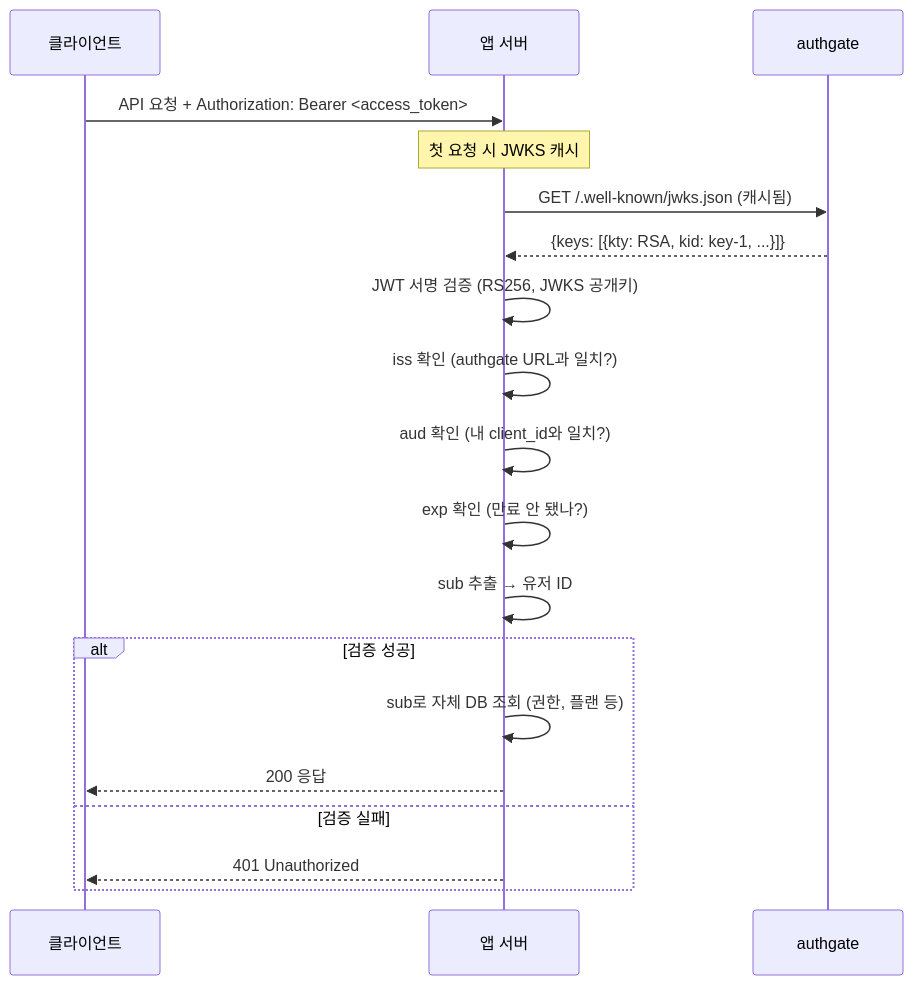
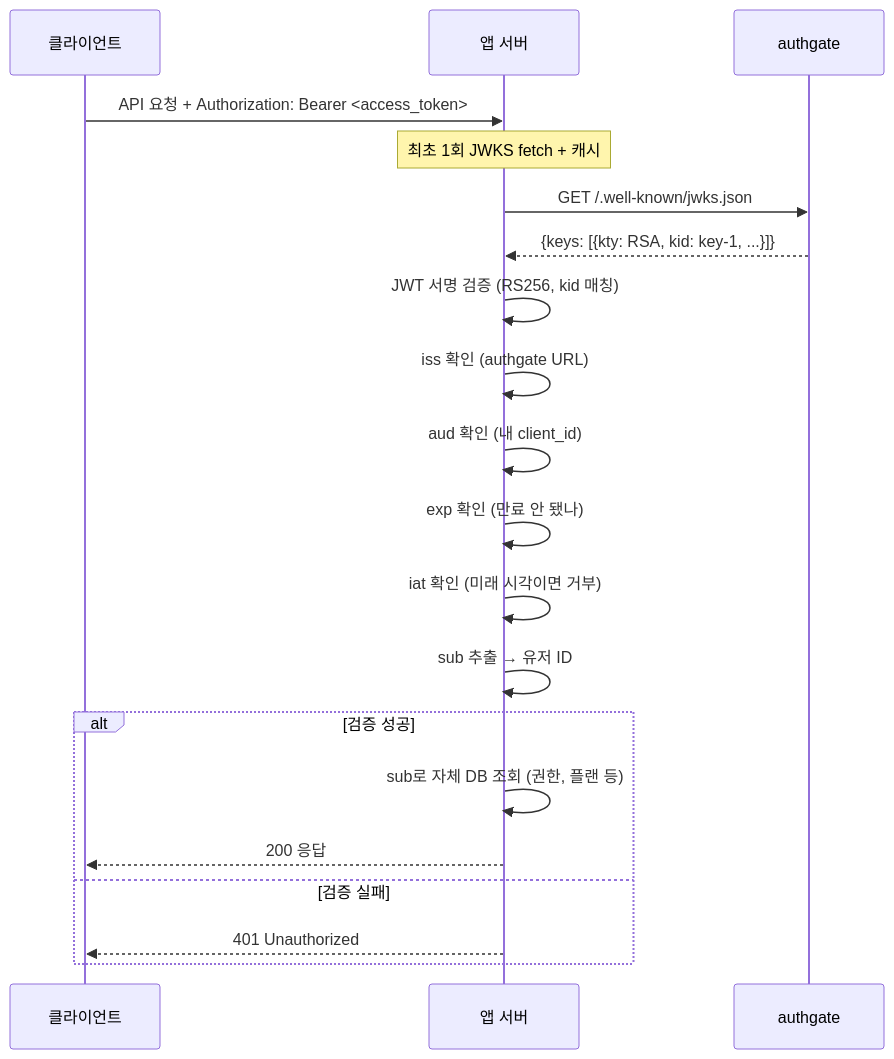
Before and after one commit to cagojeiger/authgate: the third of 4 diagrams in docs/spec/005-token-lifecycle.md, drawn with Mermaid. The commit also changed other lines of this file and 10 other files, not shown here.

````diff
--- a/docs/spec/005-token-lifecycle.md
+++ b/docs/spec/005-token-lifecycle.md
@@ -58,25 +117,26 @@
 ```mermaid
 sequenceDiagram
     participant Client as 클라이언트
     participant App as 앱 서버
     participant AG as authgate
 
     Client->>App: API 요청 + Authorization: Bearer <access_token>
 
-    Note over App: 첫 요청 시 JWKS 캐시
-    App->>AG: GET /.well-known/jwks.json (캐시됨)
+    Note over App: 최초 1회 JWKS fetch + 캐시
+    App->>AG: GET /.well-known/jwks.json
     AG-->>App: {keys: [{kty: RSA, kid: key-1, ...}]}
 
-    App->>App: JWT 서명 검증 (RS256, JWKS 공개키)
-    App->>App: iss 확인 (authgate URL과 일치?)
-    App->>App: aud 확인 (내 client_id와 일치?)
-    App->>App: exp 확인 (만료 안 됐나?)
+    App->>App: JWT 서명 검증 (RS256, kid 매칭)
+    App->>App: iss 확인 (authgate URL)
+    App->>App: aud 확인 (내 client_id)
+    App->>App: exp 확인 (만료 안 됐나)
+    App->>App: iat 확인 (미래 시각이면 거부)
     App->>App: sub 추출 → 유저 ID
 
     alt 검증 성공
         App->>App: sub로 자체 DB 조회 (권한, 플랜 등)
         App-->>Client: 200 응답
     else 검증 실패
         App-->>Client: 401 Unauthorized
     end
 ```
````
